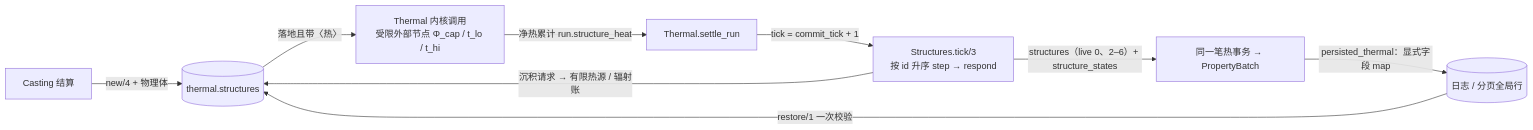
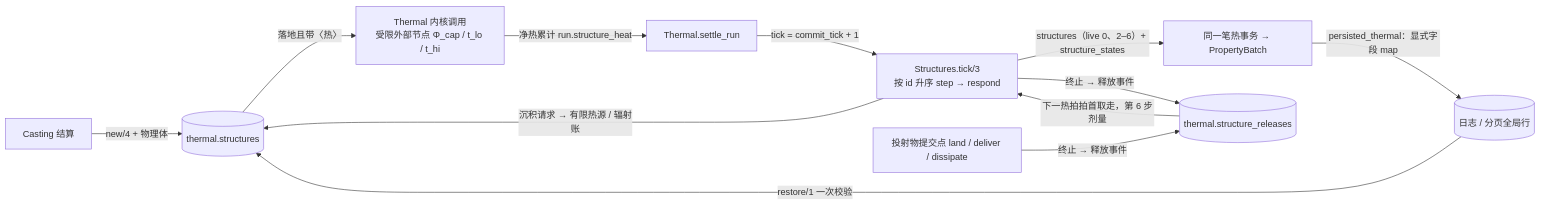
One commit to dyzdyz010/ex_mmo_cluster changed the third of 6 diagrams in apps/voxel_region/lib/voxel_region/world/README.md. Above: the diagram before and after it, drawn with Mermaid. The commit also changed other lines of this file and 6 other files, not shown here.

````diff
--- a/apps/voxel_region/lib/voxel_region/world/README.md
+++ b/apps/voxel_region/lib/voxel_region/world/README.md
@@ -95,11 +95,14 @@
 ```mermaid
 flowchart LR
   C[Casting 结算] -->|new/4 + 物理体| S[(thermal.structures)]
   S -->|落地且带〈热〉| K[Thermal 内核调用<br/>受限外部节点 Φ_cap / t_lo / t_hi]
   K -->|净热累计 run.structure_heat| T[Thermal.settle_run]
   T -->|tick = commit_tick + 1| ST[Structures.tick/3<br/>按 id 升序 step → respond]
   ST -->|沉积请求 → 有限热源 / 辐射账| S
   ST -->|structures（live 0、2–6）+ structure_states| TX[同一笔热事务 → PropertyBatch]
+  ST -->|终止 → 释放事件| RQ[(thermal.structure_releases)]
+  PJ[投射物提交点 land / deliver / dissipate] -->|终止 → 释放事件| RQ
+  RQ -->|下一热拍拍首取走，第 6 步剂量| ST
   TX -->|persisted_thermal：显式字段 map| LOG[(日志 / 分页全局行)]
   LOG -->|restore/1 一次校验| S
 ```
````
